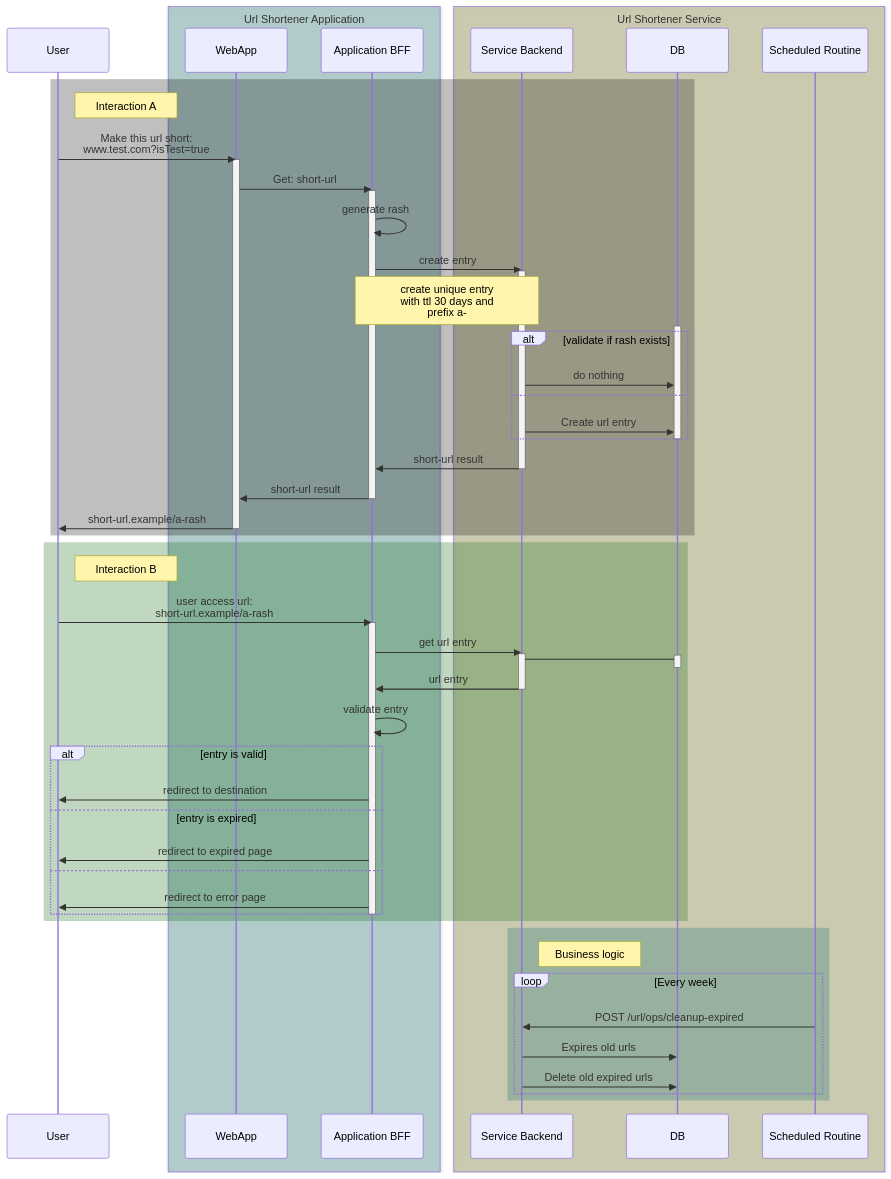
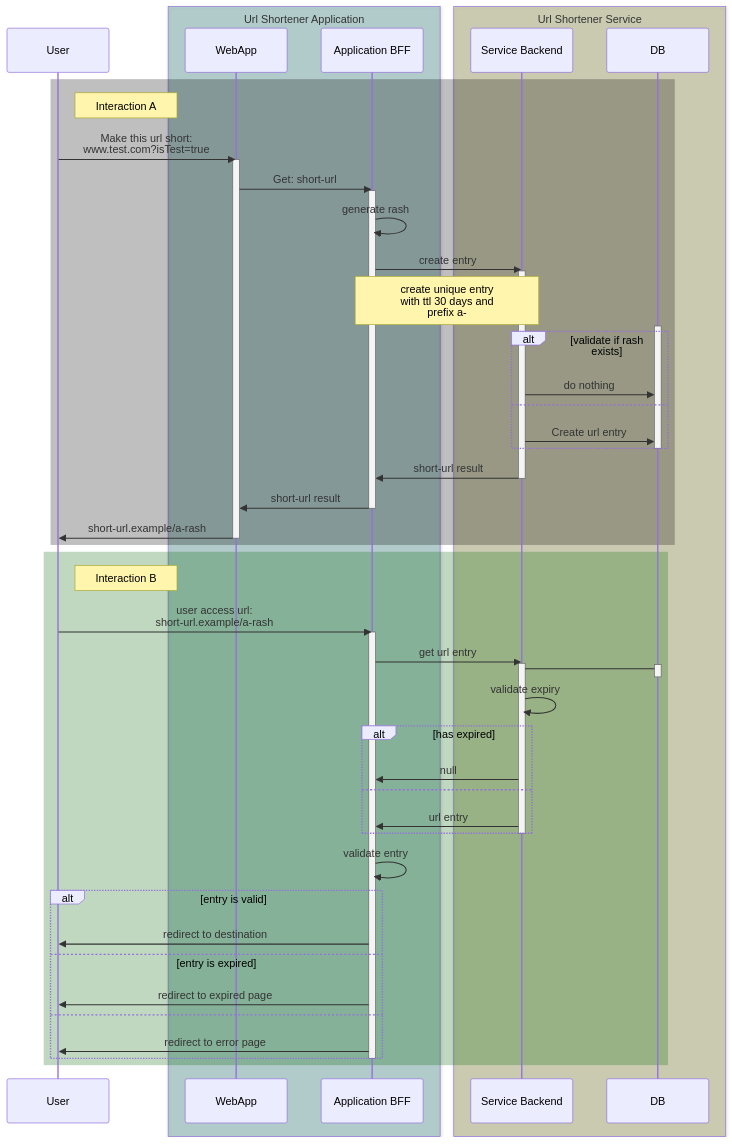
The diagram in docs/sequence.md (vzsoares/shortener), drawn with Mermaid before and after one commit. The commit also changed 1 other file, not shown here.

Commit message:
chore: upt docs

````diff
--- a/docs/sequence.md
+++ b/docs/sequence.md
@@ -1,67 +1,63 @@
 ```mermaid
 sequenceDiagram
 
 participant u as User
 box rgba(0,100,100,0.25) Url Shortener Application
 participant w as WebApp
 participant b as Application BFF
 end
 box rgba(100,100,0,0.25) Url Shortener Service
 participant s as Service Backend
 participant d as DB
-participant r as Scheduled Routine
 end
 rect rgba(0,0,0,0.25)
 note right of u: Interaction A
     u->>w: Make this url short:<br/> www.test.com?isTest=true
     activate w
     w->>b: Get: short-url
     activate b
     b->>b: generate rash
     b->>s: create entry
     activate s
     note over s,b: create unique entry<br/>with ttl 30 days and<br/>prefix a-
     activate d
     alt validate if rash exists
         s->>d: do nothing
     else
         s->>d: Create url entry
     end
     deactivate d
     s->>b: short-url result
     deactivate s
     b->>w: short-url result
     deactivate b
     w->>u: short-url.example/a-rash
     deactivate w
 end
 rect rgba(0,100,0,0.25)
 note right of u: Interaction B
     u->>b: user access url:<br/>short-url.example/a-rash
     activate b
     b->>s: get url entry
     activate s
     activate d
     s->d: 
     deactivate d
-    s->>b: url entry
+    s->>s: validate expiry
+    alt has expired
+        s->>b: null
+    else
+        s->>b: url entry
+    end
     deactivate s
     b->>b: validate entry
     alt entry is valid
         b->>u: redirect to destination
     else entry is expired
         b->>u: redirect to expired page
     else
         b->>u: redirect to error page
     end
     deactivate b
 end
-rect rgba(0,100,100,0.25)
-note right of s: Business logic
-    loop Every week
-    r->>s: POST /url/ops/cleanup-expired
-    s->>d: Expires old urls
-    s->>d: Delete old expired urls
-    end
-end
 ```
````
